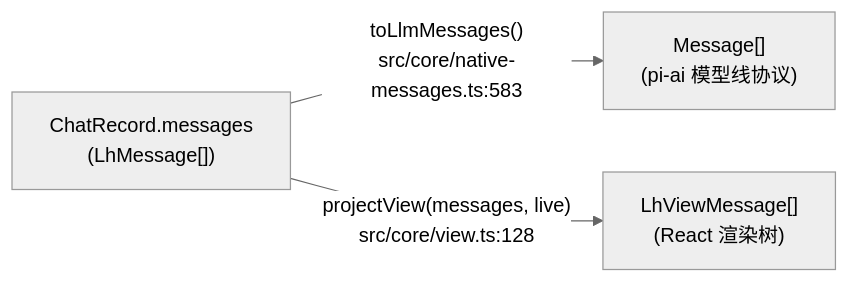
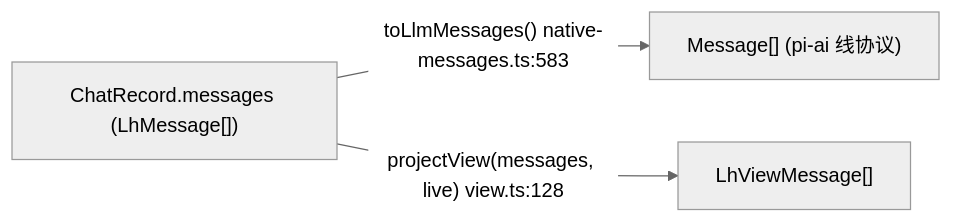
One commit to nakseuksa/SKILL changed the diagram in data-model-state-projection/SKILL.md. Above: the diagram before and after it, drawn with Mermaid (neutral theme). The commit also changed other lines of this file and 2 other files, not shown here.

````diff
--- a/data-model-state-projection/SKILL.md
+++ b/data-model-state-projection/SKILL.md
@@ -212,6 +232,6 @@
 ```mermaid
 flowchart LR
-    REC["ChatRecord.messages<br/>(LhMessage[])"]
-    REC -->|"toLlmMessages()<br/>src/core/native-messages.ts:583"| LLM["Message[]<br/>(pi-ai 模型线协议)"]
-    REC -->|"projectView(messages, live)<br/>src/core/view.ts:128"| UI["LhViewMessage[]<br/>(React 渲染树)"]
+    REC["ChatRecord.messages (LhMessage[])"]
+    REC -->|"toLlmMessages() native-messages.ts:583"| LLM["Message[] (pi-ai 线协议)"]
+    REC -->|"projectView(messages, live) view.ts:128"| UI["LhViewMessage[]"]
 ```
````
